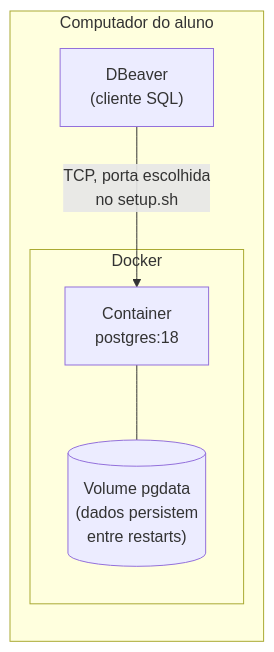
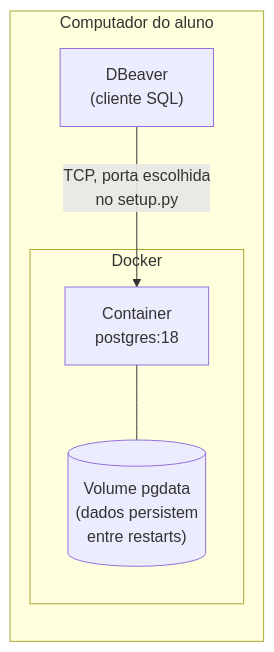
The first of 3 diagrams in roteiro.md (robersonjfa/lab-postgresql-admin), drawn with Mermaid before and after one commit. The commit also changed other lines of this file, not shown here.

First line of the commit message:
Adiciona saída esperada do setup.py e passo a passo de campos do DBeaver ao roteiro

````diff
--- a/roteiro.md
+++ b/roteiro.md
@@ -84,12 +84,12 @@
 ```mermaid
 graph LR
     subgraph "Computador do aluno"
         DBeaver["DBeaver<br/>(cliente SQL)"]
         subgraph "Docker"
             Container["Container<br/>postgres:18"]
             Volume[("Volume pgdata<br/>(dados persistem<br/>entre restarts)")]
             Container --- Volume
         end
-        DBeaver -- "TCP, porta escolhida<br/>no setup.sh" --> Container
+        DBeaver -- "TCP, porta escolhida<br/>no setup.py" --> Container
     end
 ```
````
